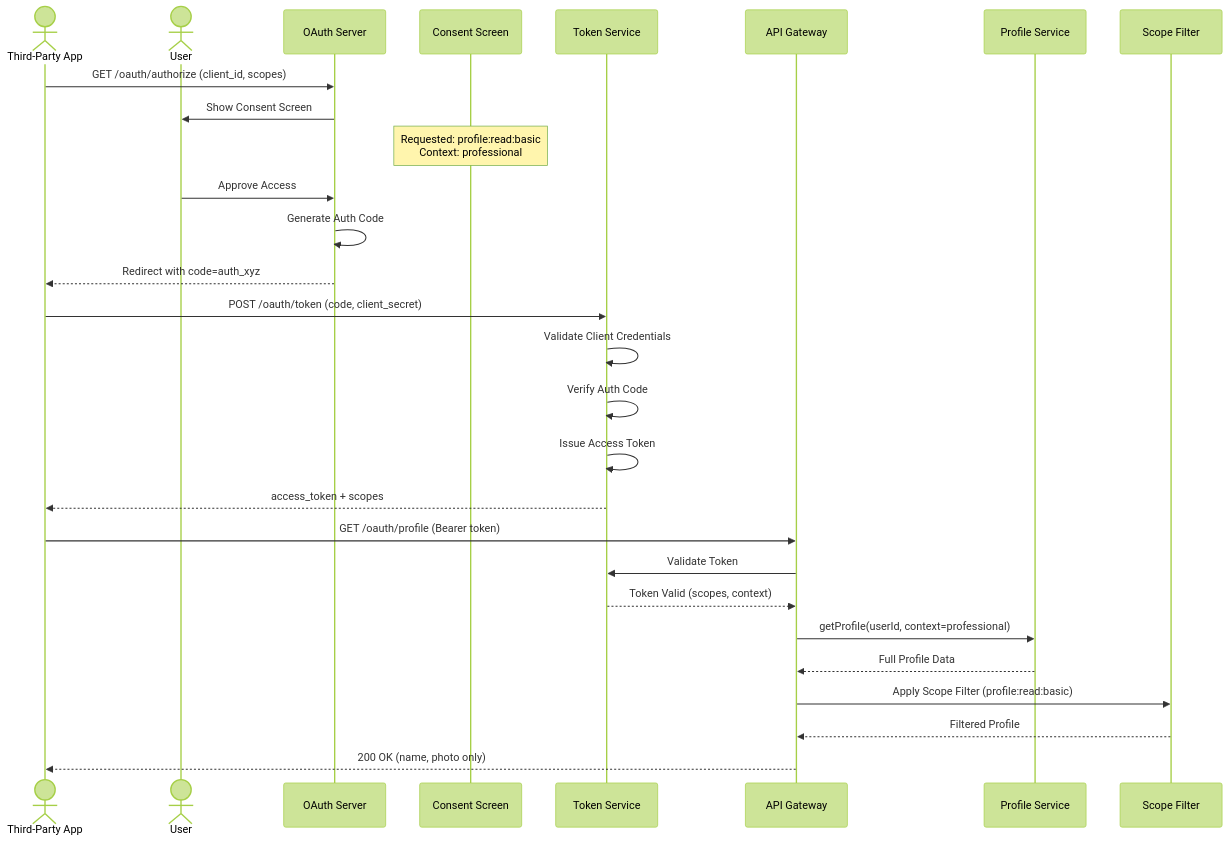
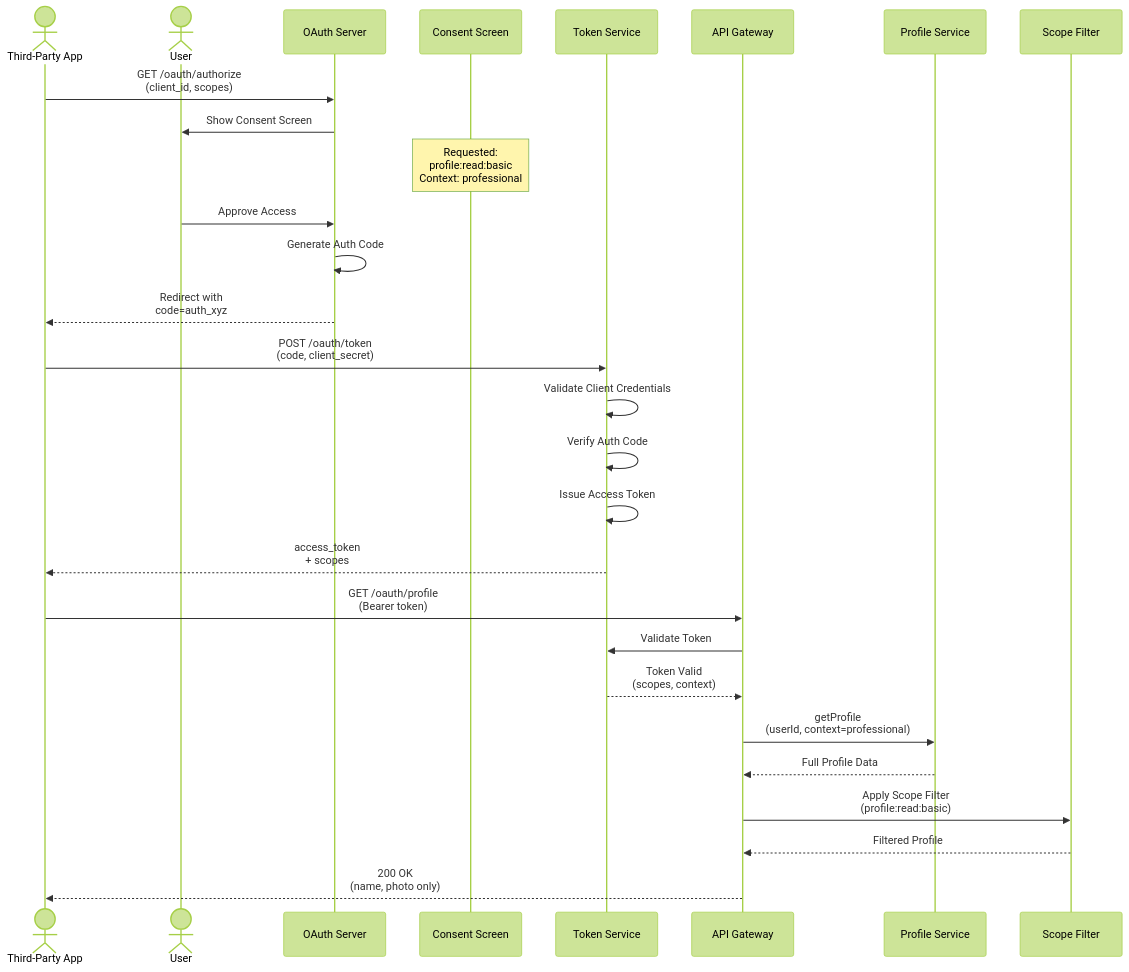
Before and after one commit to mastrolinux/final-project: the third of 4 diagrams in architecture/component-architecture.qmd, drawn with Mermaid (forest theme). The commit also changed other lines of this file and 6 other files, not shown here.

Commit message:
Refactor identity management documentation to improve clarity and structure. Fixed graphs.

````diff
--- a/architecture/component-architecture.qmd
+++ b/architecture/component-architecture.qmd
@@ -214,33 +214,33 @@
-```mermaid
+```{mermaid}
 sequenceDiagram
     actor ThirdParty as Third-Party App
     actor User
     participant OAuth as OAuth Server
     participant Consent as Consent Screen
     participant Token as Token Service
     participant API as API Gateway
     participant Profile as Profile Service
     participant Filter as Scope Filter
     
-    ThirdParty->>OAuth: GET /oauth/authorize (client_id, scopes)
+    ThirdParty->>OAuth: GET /oauth/authorize<br/>(client_id, scopes)
     OAuth->>User: Show Consent Screen
-    Note over Consent: Requested: profile:read:basic<br/>Context: professional
+    Note over Consent: Requested:<br/>profile:read:basic<br/>Context: professional
     User->>OAuth: Approve Access
     OAuth->>OAuth: Generate Auth Code
-    OAuth-->>ThirdParty: Redirect with code=auth_xyz
+    OAuth-->>ThirdParty: Redirect with<br/>code=auth_xyz
     
-    ThirdParty->>Token: POST /oauth/token (code, client_secret)
+    ThirdParty->>Token: POST /oauth/token<br/>(code, client_secret)
     Token->>Token: Validate Client Credentials
     Token->>Token: Verify Auth Code
     Token->>Token: Issue Access Token
-    Token-->>ThirdParty: access_token + scopes
+    Token-->>ThirdParty: access_token<br/>+ scopes
     
-    ThirdParty->>API: GET /oauth/profile (Bearer token)
+    ThirdParty->>API: GET /oauth/profile<br/>(Bearer token)
     API->>Token: Validate Token
-    Token-->>API: Token Valid (scopes, context)
-    API->>Profile: getProfile(userId, context=professional)
+    Token-->>API: Token Valid<br/>(scopes, context)
+    API->>Profile: getProfile<br/>(userId, context=professional)
     Profile-->>API: Full Profile Data
-    API->>Filter: Apply Scope Filter (profile:read:basic)
+    API->>Filter: Apply Scope Filter<br/>(profile:read:basic)
     Filter-->>API: Filtered Profile
-    API-->>ThirdParty: 200 OK (name, photo only)
+    API-->>ThirdParty: 200 OK<br/>(name, photo only)
 ```
````
